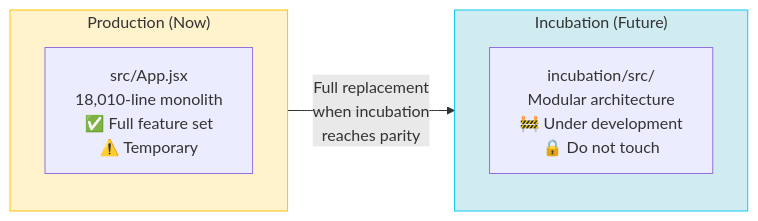
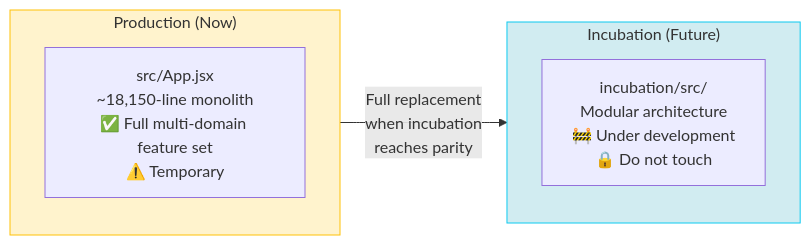
Before and after one commit to atenatiwosgetachew1-ET/Linkx-Frontend_alpha_v1: the first of 2 diagrams in docs/linkx_frontend_strategy.md, drawn with Mermaid. The commit also changed other lines of this file and 1 other file, not shown here.

````diff
--- a/docs/linkx_frontend_strategy.md
+++ b/docs/linkx_frontend_strategy.md
@@ -74,15 +75,15 @@
 ```mermaid
 flowchart LR
     subgraph NOW["Production (Now)"]
-        A["src/App.jsx<br/>18,010-line monolith<br/>✅ Full feature set<br/>⚠️ Temporary"]
+        A["src/App.jsx<br/>~18,150-line monolith<br/>✅ Full multi-domain feature set<br/>⚠️ Temporary"]
     end
 
     subgraph FUTURE["Incubation (Future)"]
         B["incubation/src/<br/>Modular architecture<br/>🚧 Under development<br/>🔒 Do not touch"]
     end
 
     NOW -->|"Full replacement<br/>when incubation<br/>reaches parity"| FUTURE
 
     style NOW fill:#fff3cd,stroke:#ffc107
     style FUTURE fill:#d1ecf1,stroke:#0dcaf0
 ```
````
